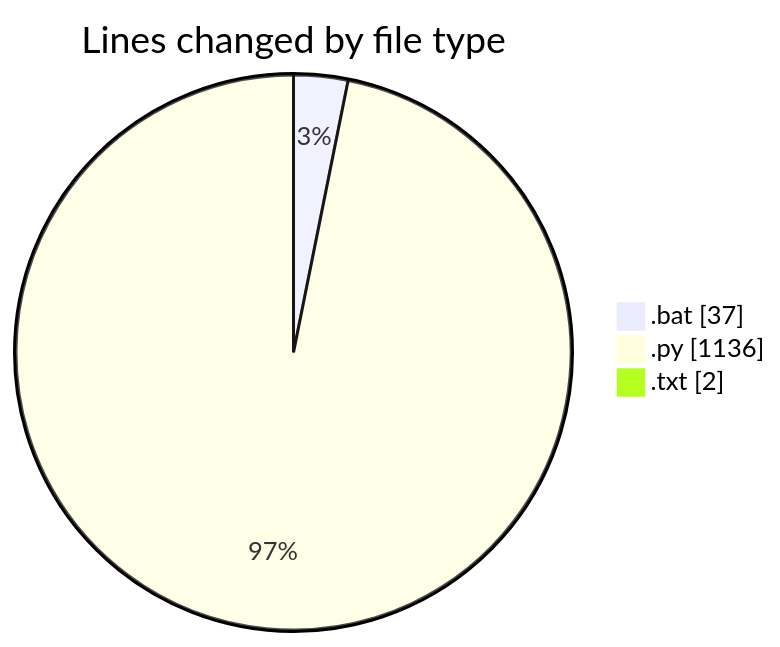
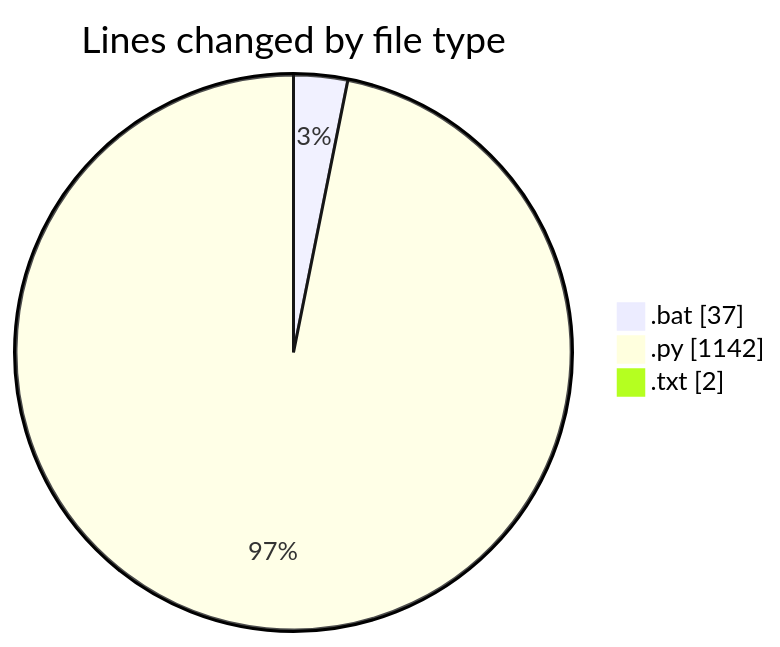
The first of 2 diagrams in 2025-07-04/cursor/README.md (FelipKnott/code-tracking), drawn with Mermaid before and after one commit. The commit also changed other lines of this file and 1 other file, not shown here.

````diff
--- a/2025-07-04/cursor/README.md
+++ b/2025-07-04/cursor/README.md
@@ -35,7 +35,7 @@
 ```mermaid
 pie showData
 title Lines changed by file type
 ".bat" : 37
-".py" : 1136
+".py" : 1142
 ".txt" : 2
 ```
````
